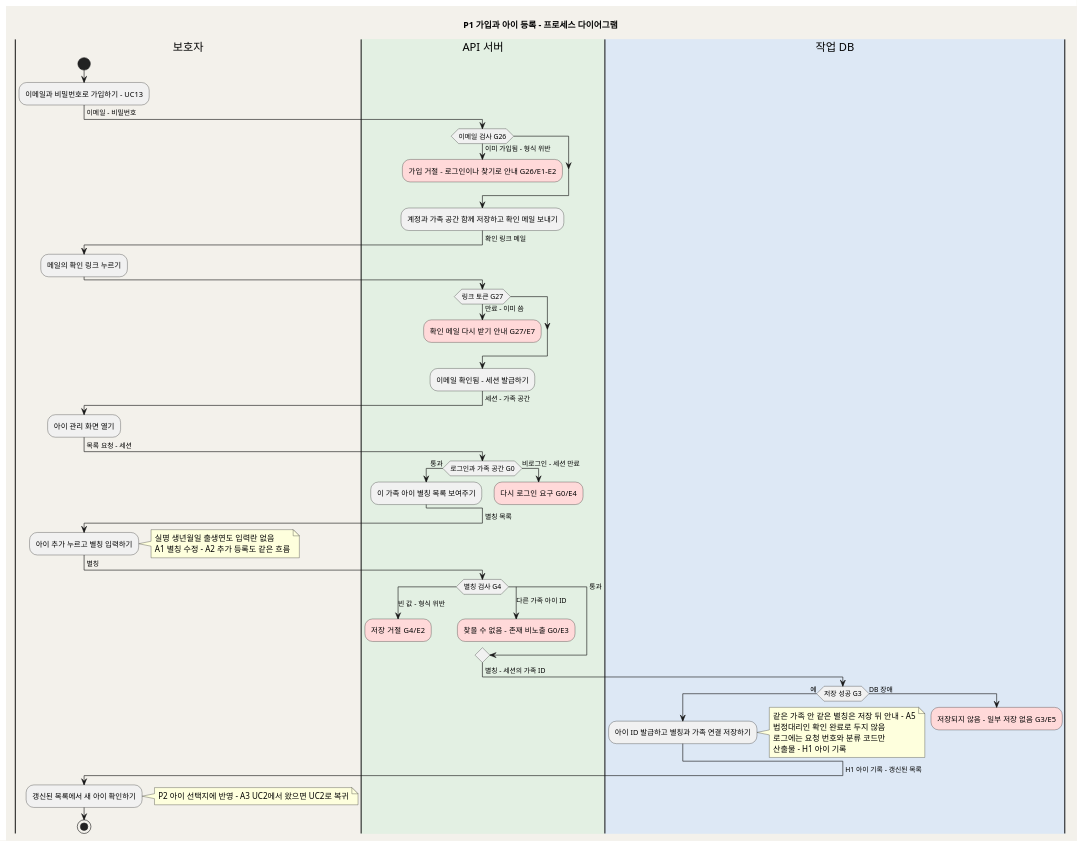
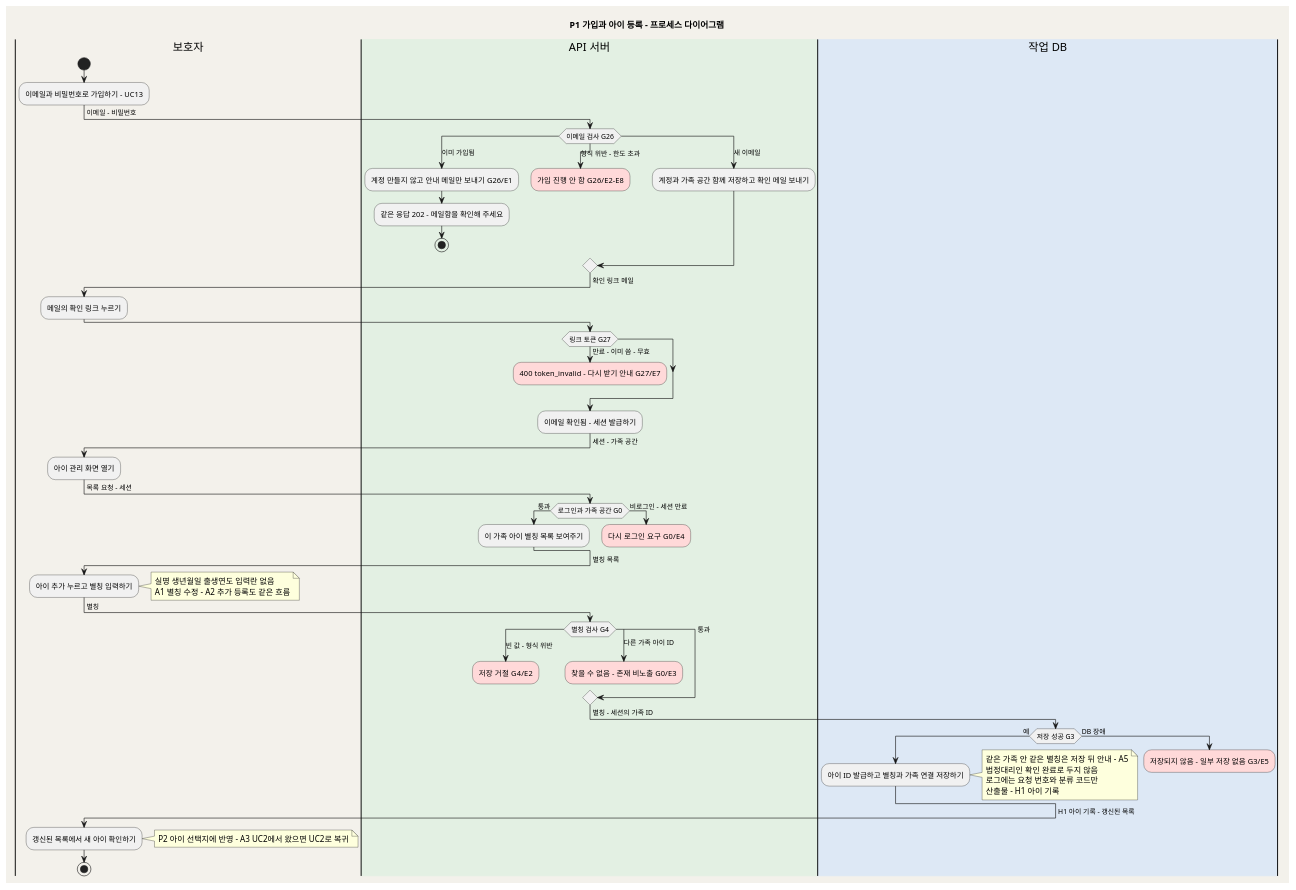
The fifth of 17 diagrams in design/SD_01_프로세스설계서_우리아이미술관.md (kids-gallery/uri-gallery), drawn with PlantUML before and after one commit. The commit also changed other lines of this file and 10 other files, not shown here.

````diff
--- a/design/SD_01_프로세스설계서_우리아이미술관.md
+++ b/design/SD_01_프로세스설계서_우리아이미술관.md
@@ -425,74 +425,80 @@
 ```plantuml
 @startuml
 skinparam backgroundColor #F3F1EB
 skinparam shadowing false
 title P1 가입과 아이 등록 - 프로세스 다이어그램
 |보호자|
 start
 :이메일과 비밀번호로 가입하기 - UC13;
 -> 이메일 - 비밀번호;
 |#E3F0E3|API 서버|
-if (이메일 검사 G26) then (이미 가입됨 - 형식 위반)
-  #FFD9D9:가입 거절 - 로그인이나 찾기로 안내  G26/E1-E2;
+switch (이메일 검사 G26)
+case (이미 가입됨)
+  :계정 만들지 않고 안내 메일만 보내기  G26/E1;
+  :같은 응답 202 - 메일함을 확인해 주세요;
+  stop
+case (형식 위반 - 한도 초과)
+  #FFD9D9:가입 진행 안 함  G26/E2-E8;
   kill
-endif
-:계정과 가족 공간 함께 저장하고 확인 메일 보내기;
+case (새 이메일)
+  :계정과 가족 공간 함께 저장하고 확인 메일 보내기;
+endswitch
 -> 확인 링크 메일;
 |보호자|
 :메일의 확인 링크 누르기;
 |#E3F0E3|API 서버|
-if (링크 토큰 G27) then (만료 - 이미 씀)
-  #FFD9D9:확인 메일 다시 받기 안내  G27/E7;
+if (링크 토큰 G27) then (만료 - 이미 씀 - 무효)
+  #FFD9D9:400 token_invalid - 다시 받기 안내  G27/E7;
   kill
 endif
 :이메일 확인됨 - 세션 발급하기;
 -> 세션 - 가족 공간;
 |보호자|
 :아이 관리 화면 열기;
 -> 목록 요청 - 세션;
 |#E3F0E3|API 서버|
 if (로그인과 가족 공간 G0) then (통과)
   :이 가족 아이 별칭 목록 보여주기;
 else (비로그인 - 세션 만료)
   #FFD9D9:다시 로그인 요구  G0/E4;
   kill
 endif
 -> 별칭 목록;
 |보호자|
 :아이 추가 누르고 별칭 입력하기;
 note right
   실명 생년월일 출생연도 입력란 없음
   A1 별칭 수정 - A2 추가 등록도 같은 흐름
 end note
 -> 별칭;
 |#E3F0E3|API 서버|
 switch (별칭 검사 G4)
 case (빈 값 - 형식 위반)
   #FFD9D9:저장 거절  G4/E2;
   kill
 case (다른 가족 아이 ID)
   #FFD9D9:찾을 수 없음 - 존재 비노출  G0/E3;
   kill
 case (통과)
 endswitch
 -> 별칭 - 세션의 가족 ID;
 |#DDE8F5|작업 DB|
 if (저장 성공 G3) then (예)
   :아이 ID 발급하고 별칭과 가족 연결 저장하기;
   note right
     같은 가족 안 같은 별칭은 저장 뒤 안내 - A5
     법정대리인 확인 완료로 두지 않음
     로그에는 요청 번호와 분류 코드만
     산출물 - H1 아이 기록
   end note
 else (DB 장애)
   #FFD9D9:저장되지 않음 - 일부 저장 없음  G3/E5;
   kill
 endif
 -> H1 아이 기록 - 갱신된 목록;
 |보호자|
 :갱신된 목록에서 새 아이 확인하기;
 note right: P2 아이 선택지에 반영 - A3 UC2에서 왔으면 UC2로 복귀
 stop
 @enduml
 ```
````
